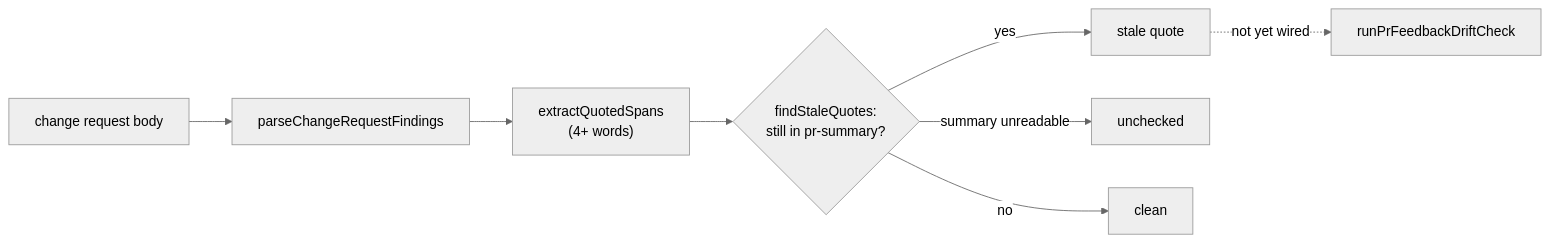
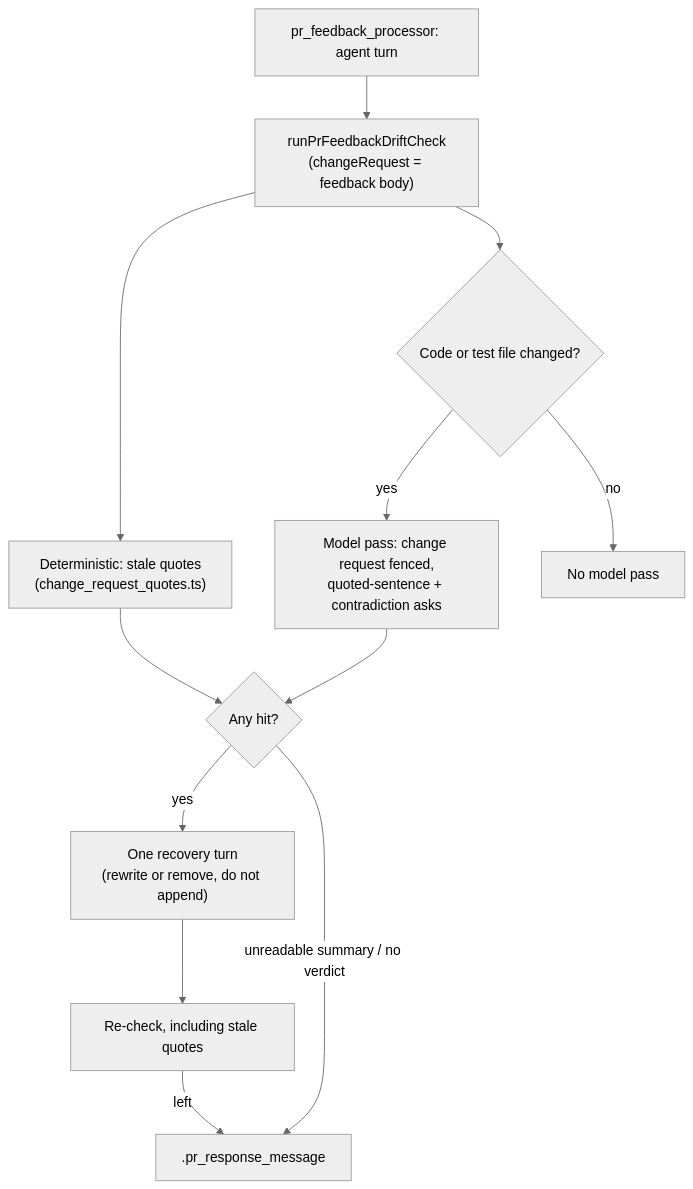
Before and after one commit to stSoftwareAU/VibeCoder: the diagram in docs/archive/pr-summaries/pr-summary-3244.md, drawn with Mermaid (neutral theme). The commit also changed other lines of this file and 1 other file, not shown here.

First line of the commit message:
Cover the quoted-sentence prompt and reply-lead branches; rewrite the PR summary (#3244)

````diff
--- a/docs/archive/pr-summaries/pr-summary-3244.md
+++ b/docs/archive/pr-summaries/pr-summary-3244.md
@@ -37,10 +35,14 @@
 ```mermaid
-flowchart LR
-    R["change request body"] --> P["parseChangeRequestFindings"]
-    P --> Q["extractQuotedSpans<br/>(4+ words)"]
-    Q --> F{"findStaleQuotes:<br/>still in pr-summary?"}
-    F -->|yes| S["stale quote"]
-    F -->|"summary unreadable"| U["unchecked"]
-    F -->|no| C["clean"]
-    S -.->|"not yet wired"| D["runPrFeedbackDriftCheck"]
+flowchart TD
+    P["pr_feedback_processor: agent turn"] --> D["runPrFeedbackDriftCheck<br/>(changeRequest = feedback body)"]
+    D --> Q["Deterministic: stale quotes<br/>(change_request_quotes.ts)"]
+    D --> M{"Code or test file changed?"}
+    M -- yes --> MP["Model pass: change request fenced,<br/>quoted-sentence + contradiction asks"]
+    M -- no --> NM["No model pass"]
+    Q --> H{"Any hit?"}
+    MP --> H
+    H -- yes --> R["One recovery turn<br/>(rewrite or remove, do not append)"]
+    R --> C["Re-check, including stale quotes"]
+    C -- left --> N[".pr_response_message"]
+    H -- "unreadable summary / no verdict" --> N
 ```
````
